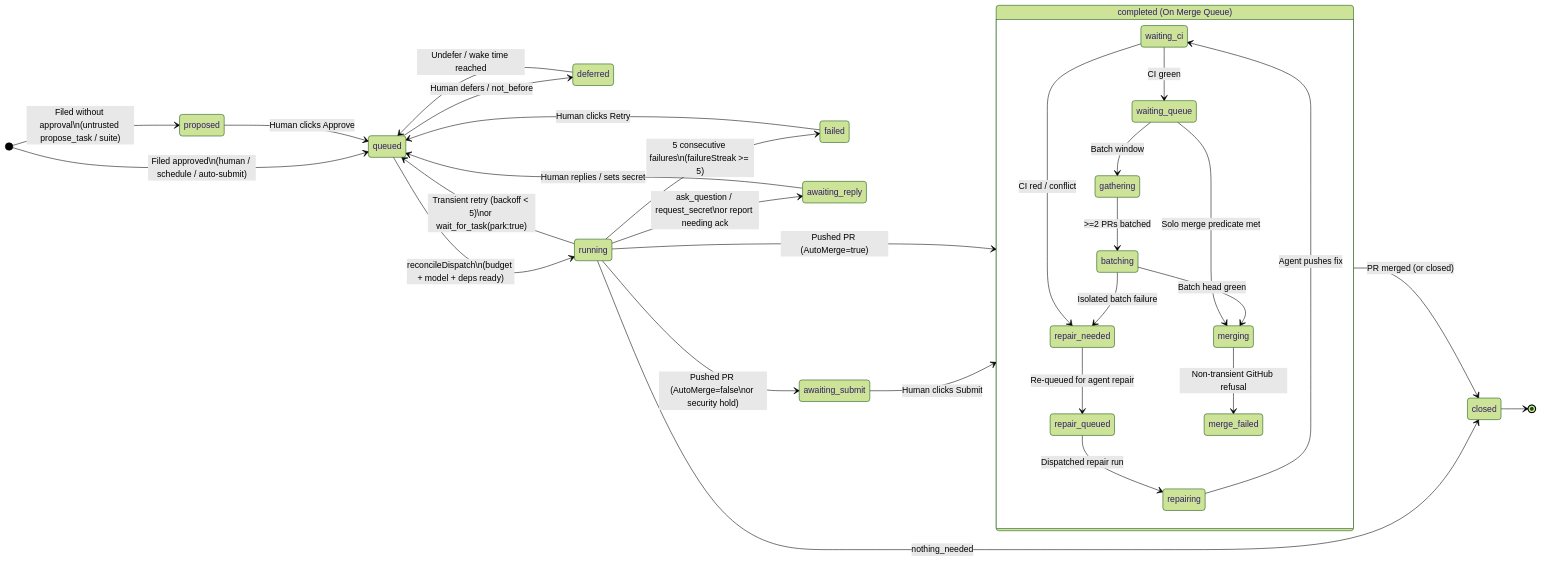
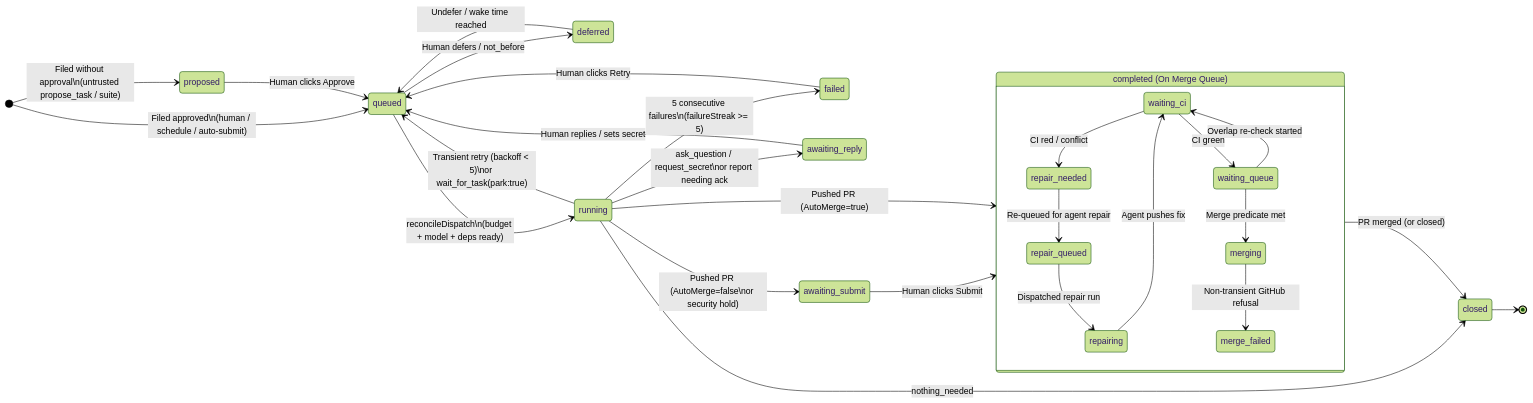
One commit to ai-on-gke/grain changed the diagram in docs/architecture.md. Above: the diagram before and after it, drawn with Mermaid (forest theme). The commit also changed other lines of this file and 4 other files, not shown here.

First line of the commit message:
docs: describe merge batching as history and the predicate as it now stands

````diff
--- a/docs/architecture.md
+++ b/docs/architecture.md
@@ -166,42 +166,39 @@
 ```mermaid
 stateDiagram-v2
     direction LR
     [*] --> proposed : Filed without approval\n(untrusted propose_task / suite)
     [*] --> queued : Filed approved\n(human / schedule / auto-submit)
 
     proposed --> queued : Human clicks Approve
     queued --> deferred : Human defers / not_before
     deferred --> queued : Undefer / wake time reached
 
     queued --> running : reconcileDispatch\n(budget + model + deps ready)
     running --> queued : Transient retry (backoff < 5)\nor wait_for_task(park:true)
     running --> failed : 5 consecutive failures\n(failureStreak >= 5)
     failed --> queued : Human clicks Retry
 
     running --> awaiting_reply : ask_question / request_secret\nor report needing ack
     awaiting_reply --> queued : Human replies / sets secret
 
     running --> awaiting_submit : Pushed PR (AutoMerge=false\nor security hold)
     awaiting_submit --> completed : Human clicks Submit
 
     running --> completed : Pushed PR (AutoMerge=true)
     running --> closed : nothing_needed
 
     state "completed (On Merge Queue)" as completed {
         direction TB
         waiting_ci --> waiting_queue : CI green
-        waiting_queue --> gathering : Batch window
-        gathering --> batching : >=2 PRs batched
-        waiting_queue --> merging : Solo merge predicate met
-        batching --> merging : Batch head green
+        waiting_queue --> merging : Merge predicate met
+        waiting_queue --> waiting_ci : Overlap re-check started
         waiting_ci --> repair_needed : CI red / conflict
-        batching --> repair_needed : Isolated batch failure
         repair_needed --> repair_queued : Re-queued for agent repair
         repair_queued --> repairing : Dispatched repair run
         repairing --> waiting_ci : Agent pushes fix
         merging --> merge_failed : Non-transient GitHub refusal
     }
 
     completed --> closed : PR merged (or closed)
     closed --> [*]
 ```
````
